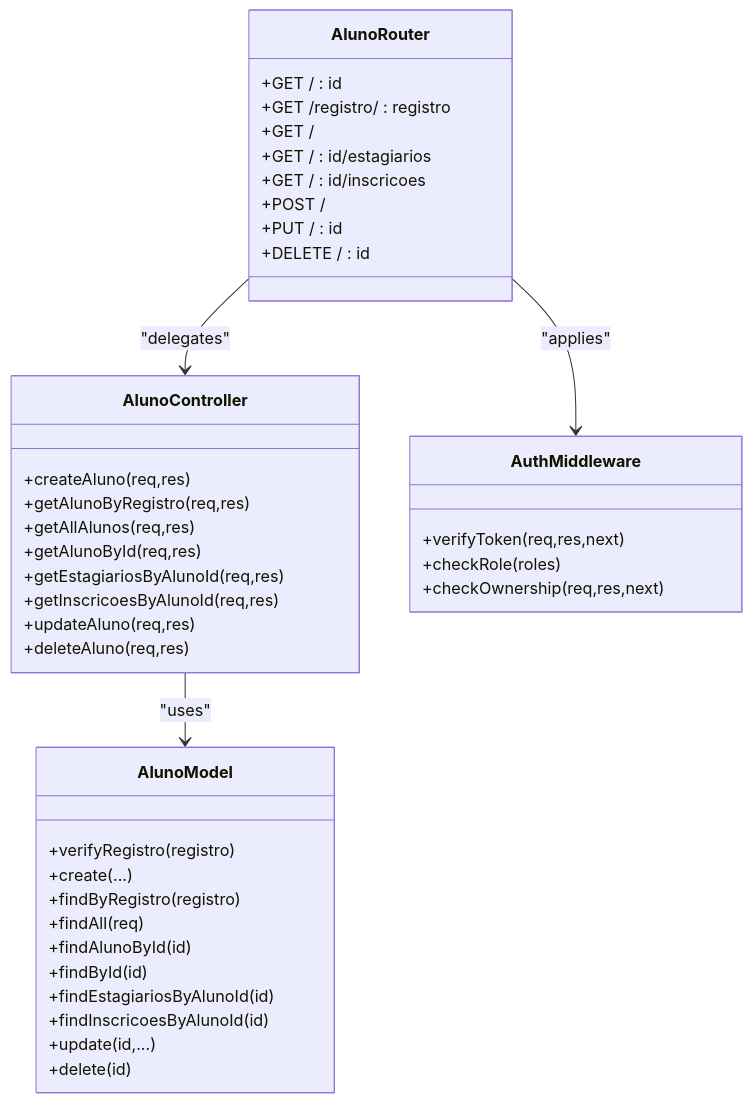
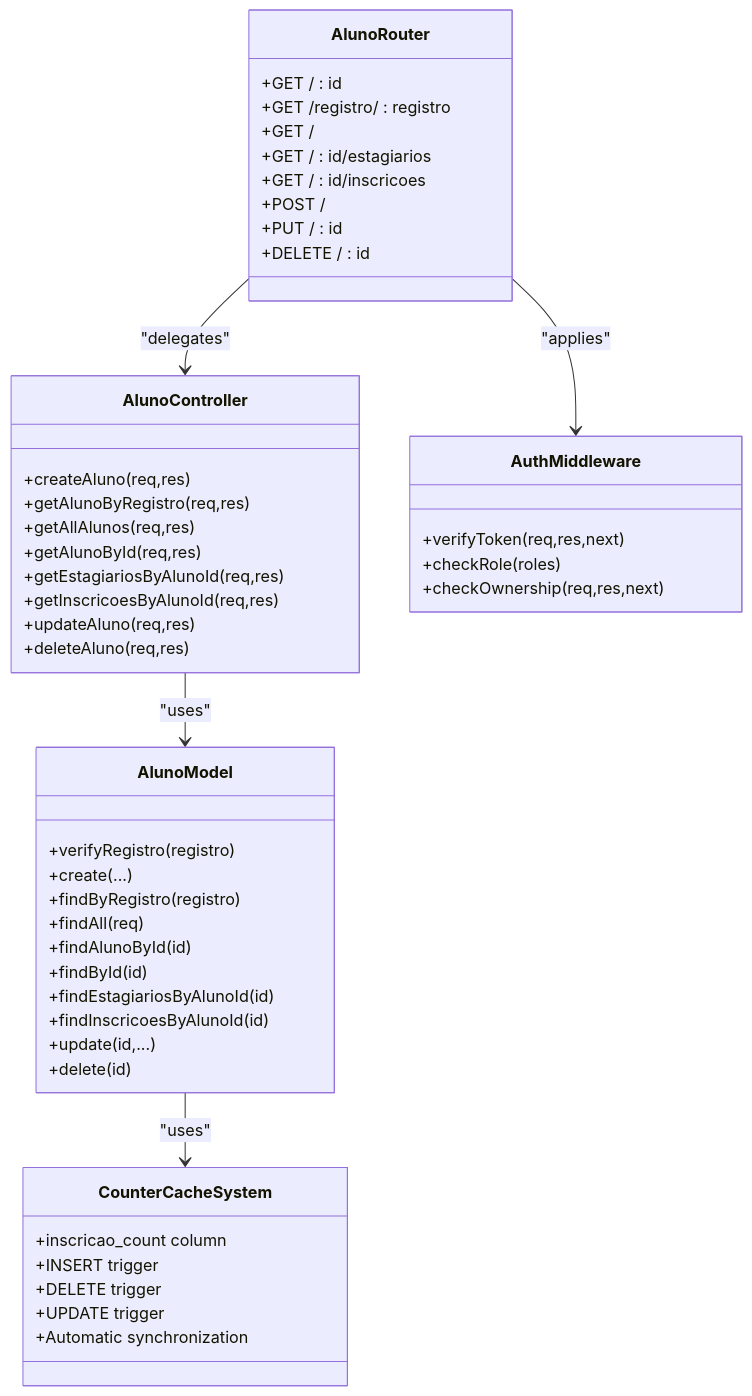
One commit to luiseduacosta/nodemural changed the fourth of 8 diagrams in .qoder/repowiki/en/content/Core Features Implementation/Student Management System.md. Above: the diagram before and after it, drawn with Mermaid. The commit also changed other lines of this file and 16 other files, not shown here.

````diff
--- a/.qoder/repowiki/en/content/Core Features Implementation/Student Management System.md
+++ b/.qoder/repowiki/en/content/Core Features Implementation/Student Management System.md
@@ -281,43 +363,51 @@
 ```mermaid
 classDiagram
 class AlunoModel {
 +verifyRegistro(registro)
 +create(...)
 +findByRegistro(registro)
 +findAll(req)
 +findAlunoById(id)
 +findById(id)
 +findEstagiariosByAlunoId(id)
 +findInscricoesByAlunoId(id)
 +update(id,...)
 +delete(id)
 }
 class AlunoController {
 +createAluno(req,res)
 +getAlunoByRegistro(req,res)
 +getAllAlunos(req,res)
 +getAlunoById(req,res)
 +getEstagiariosByAlunoId(req,res)
 +getInscricoesByAlunoId(req,res)
 +updateAluno(req,res)
 +deleteAluno(req,res)
 }
 class AlunoRouter {
 +GET / : id
 +GET /registro/ : registro
 +GET /
 +GET / : id/estagiarios
 +GET / : id/inscricoes
 +POST /
 +PUT / : id
 +DELETE / : id
 }
 class AuthMiddleware {
 +verifyToken(req,res,next)
 +checkRole(roles)
 +checkOwnership(req,res,next)
 }
+class CounterCacheSystem {
++inscricao_count column
++INSERT trigger
++DELETE trigger
++UPDATE trigger
++Automatic synchronization
+}
 AlunoRouter --> AlunoController : "delegates"
 AlunoController --> AlunoModel : "uses"
 AlunoRouter --> AuthMiddleware : "applies"
+AlunoModel --> CounterCacheSystem : "uses"
 ```
````
